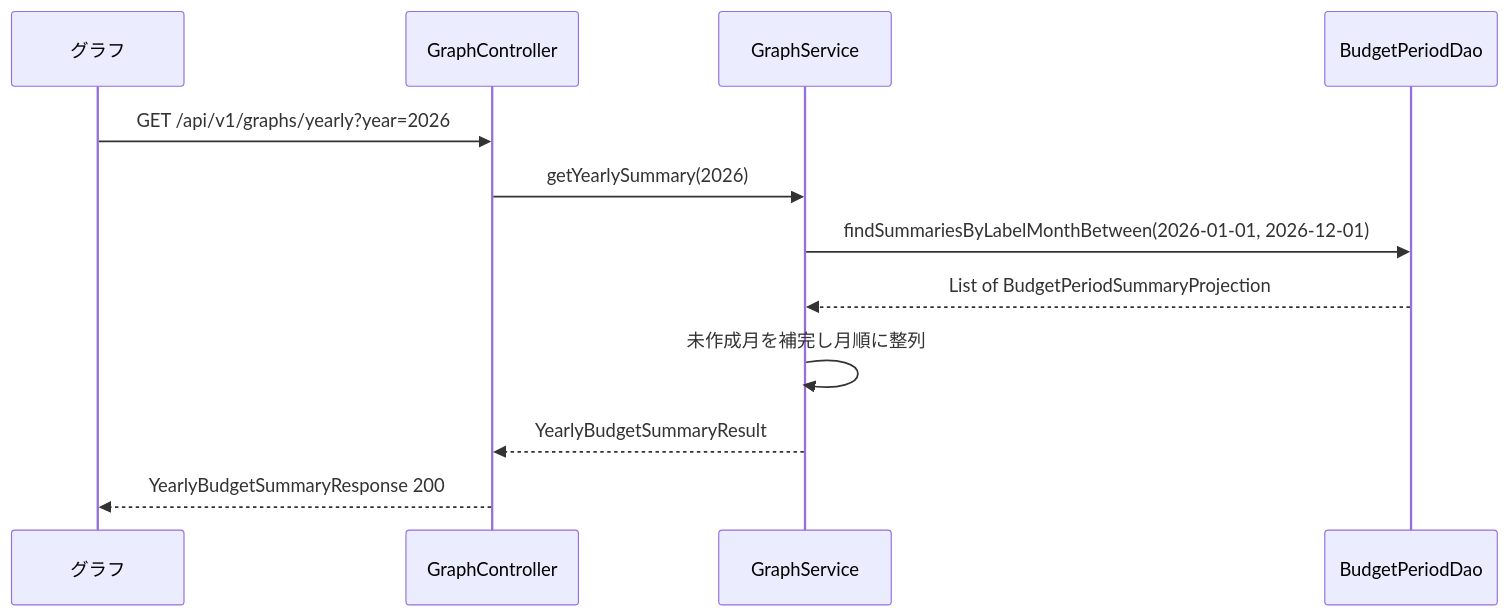
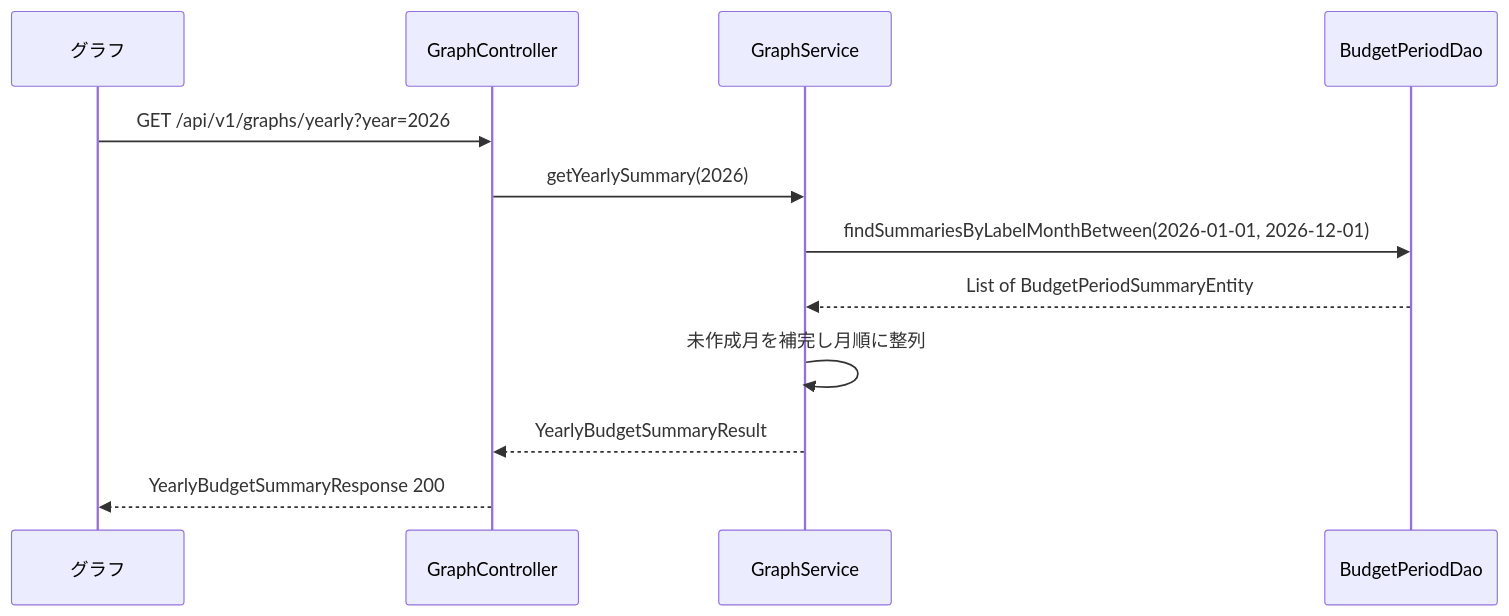
One commit to okShin0420/ZuboraKakeibo changed the eighth of 8 diagrams in docs/architecture/PROGRAM_FUNCTION_STRUCTURE.md. Above: the diagram before and after it, drawn with Mermaid. The commit also changed other lines of this file and 114 other files, not shown here.

````diff
--- a/docs/architecture/PROGRAM_FUNCTION_STRUCTURE.md
+++ b/docs/architecture/PROGRAM_FUNCTION_STRUCTURE.md
@@ -314,15 +349,15 @@
 ```mermaid
 sequenceDiagram
     participant UI as グラフ
     participant C as GraphController
     participant S as GraphService
     participant BP as BudgetPeriodDao
 
     UI->>C: GET /api/v1/graphs/yearly?year=2026
     C->>S: getYearlySummary(2026)
     S->>BP: findSummariesByLabelMonthBetween(2026-01-01, 2026-12-01)
-    BP-->>S: List of BudgetPeriodSummaryProjection
+    BP-->>S: List of BudgetPeriodSummaryEntity
     S->>S: 未作成月を補完し月順に整列
     S-->>C: YearlyBudgetSummaryResult
     C-->>UI: YearlyBudgetSummaryResponse 200
 ```
````
